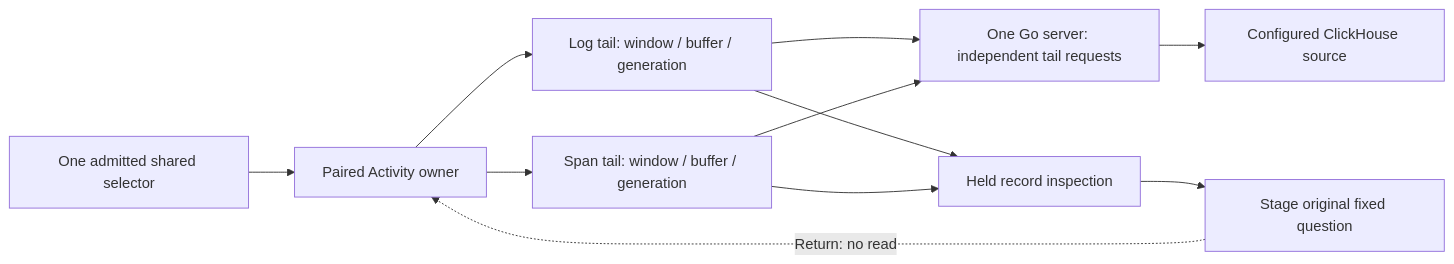
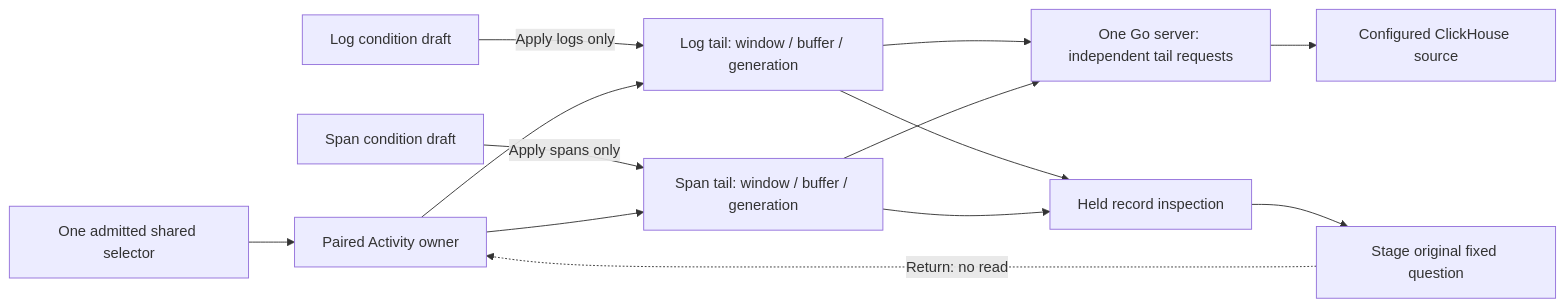
One commit to casselc/goo changed the diagram in docs/PAIRED_ACTIVITY.md. Above: the diagram before and after it, drawn with Mermaid. The commit also changed other lines of this file and 41 other files, not shown here.

````diff
--- a/docs/PAIRED_ACTIVITY.md
+++ b/docs/PAIRED_ACTIVITY.md
@@ -53,13 +53,15 @@
 ```mermaid
 flowchart LR
   Scope[One admitted shared selector] --> Pair[Paired Activity owner]
+  LogFilter[Log condition draft] -->|Apply logs only| Logs
+  SpanFilter[Span condition draft] -->|Apply spans only| Spans
   Pair --> Logs[Log tail: window / buffer / generation]
   Pair --> Spans[Span tail: window / buffer / generation]
   Logs --> API[One Go server: independent tail requests]
   Spans --> API
   API --> CH[Configured ClickHouse source]
   Logs --> Inspect[Held record inspection]
   Spans --> Inspect
   Inspect --> Fixed[Stage original fixed question]
   Fixed -. Return: no read .-> Pair
 ```
````
